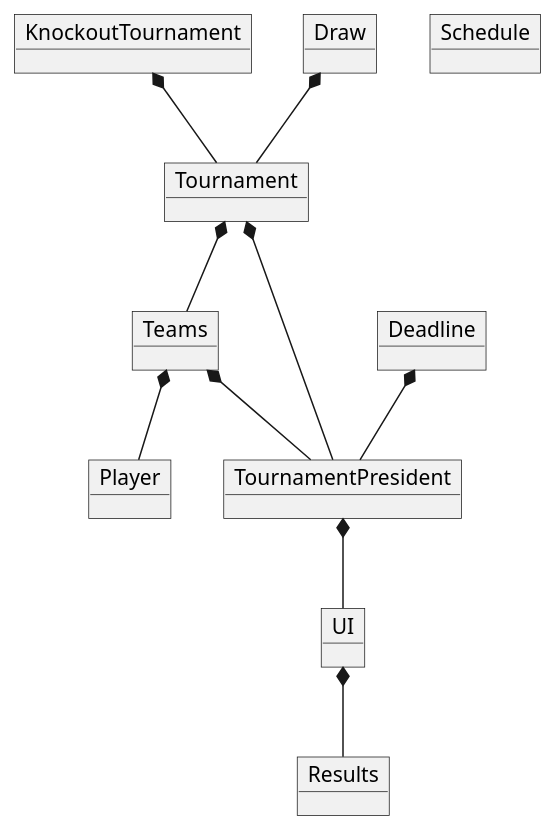
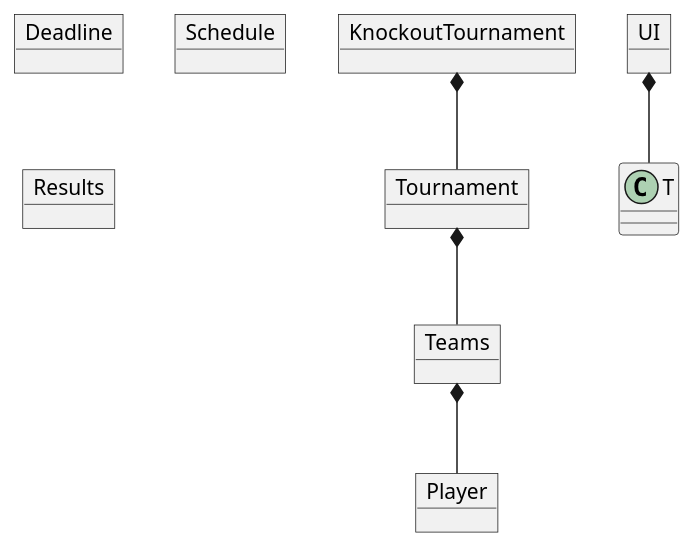
The diagram in SP3/out/production/SP3/UML/SP3 DomæneModel.puml (SimonLyng/SP3), drawn with PlantUML before and after one commit. The commit also changed 8 other files, not shown here.

```diff
--- a/SP3/out/production/SP3/UML/SP3 DomæneModel.puml
+++ b/SP3/out/production/SP3/UML/SP3 DomæneModel.puml
@@ -1,25 +1,19 @@
 @startuml
 'https://plantuml.com/class-diagram
 object Player
 object Teams
 object Tournament
+object Deadline
+object UI
+object Schedule
 object Results
-object TournamentPresident
-object Deadline
 object KnockoutTournament
-object UI
-object Draw
-object Schedule
+
 
 KnockoutTournament*--Tournament
 Teams*--Player
 Tournament*--Teams
-Tournament*--TournamentPresident
-TournamentPresident*-- UI
-UI *-- Results
-Teams *-- TournamentPresident
-Deadline *-- TournamentPresident
-Draw *-- Tournament
+UI*--T
 
 
 @enduml
```
